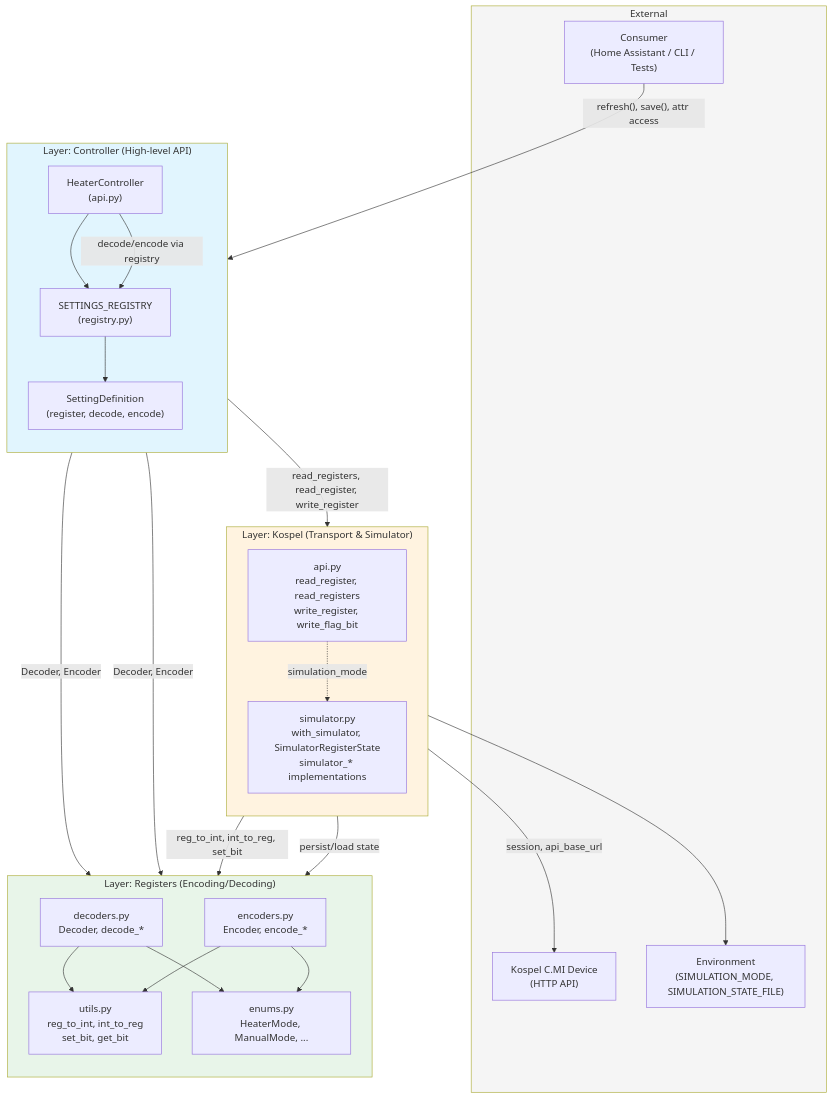
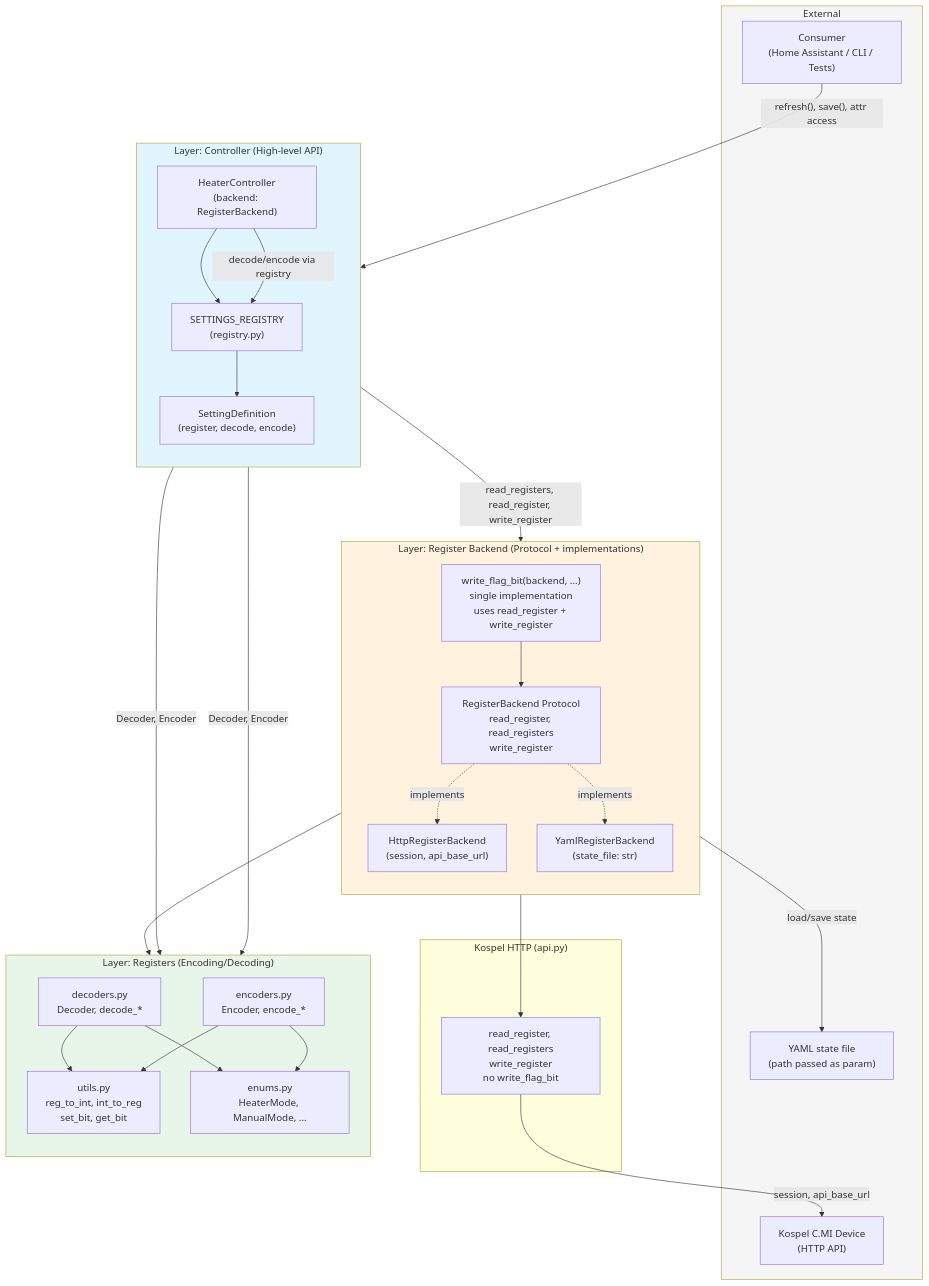
The first of 2 diagrams in docs/architecture.md (JanKrl/kospel-cmi-lib), drawn with Mermaid before and after one commit. The commit also changed other lines of this file and 13 other files, not shown here.

````diff
--- a/docs/architecture.md
+++ b/docs/architecture.md
@@ -10,51 +11,59 @@
 ```mermaid
 flowchart TB
     subgraph External["External"]
         Consumer["Consumer\n(Home Assistant / CLI / Tests)"]
         Device["Kospel C.MI Device\n(HTTP API)"]
-        Env["Environment\n(SIMULATION_MODE, SIMULATION_STATE_FILE)"]
+        YamlFile["YAML state file\n(path passed as param)"]
     end
 
     subgraph Controller["Layer: Controller (High-level API)"]
         direction TB
-        HC["HeaterController\n(api.py)"]
+        HC["HeaterController\n(backend: RegisterBackend)"]
         Reg["SETTINGS_REGISTRY\n(registry.py)"]
         SD["SettingDefinition\n(register, decode, encode)"]
         HC --> Reg
         Reg --> SD
     end
 
-    subgraph Kospel["Layer: Kospel (Transport & Simulator)"]
+    subgraph BackendLayer["Layer: Register Backend (Protocol + implementations)"]
         direction TB
-        API["api.py\nread_register, read_registers\nwrite_register, write_flag_bit"]
-        Sim["simulator.py\nwith_simulator, SimulatorRegisterState\nsimulator_* implementations"]
-        API -.->|"simulation_mode"| Sim
+        Protocol["RegisterBackend Protocol\nread_register, read_registers\nwrite_register"]
+        HttpBackend["HttpRegisterBackend\n(session, api_base_url)"]
+        YamlBackend["YamlRegisterBackend\n(state_file: str)"]
+        WriteFlagBit["write_flag_bit(backend, ...)\nsingle implementation\nuses read_register + write_register"]
+        Protocol -.->|implements| HttpBackend
+        Protocol -.->|implements| YamlBackend
+        WriteFlagBit --> Protocol
+    end
+
+    subgraph KospelHTTP["Kospel HTTP (api.py)"]
+        API["read_register, read_registers\nwrite_register\nno write_flag_bit"]
     end
 
     subgraph Registers["Layer: Registers (Encoding/Decoding)"]
         direction TB
         Dec["decoders.py\nDecoder, decode_*"]
         Enc["encoders.py\nEncoder, encode_*"]
         Utils["utils.py\nreg_to_int, int_to_reg\nset_bit, get_bit"]
         Enums["enums.py\nHeaterMode, ManualMode, ..."]
         Dec --> Utils
         Dec --> Enums
         Enc --> Utils
         Enc --> Enums
     end
 
     Consumer -->|"refresh(), save(), attr access"| HC
     HC -->|"decode/encode via registry"| Reg
     SD -->|"Decoder, Encoder"| Dec
     SD -->|"Decoder, Encoder"| Enc
-    HC -->|"read_registers, read_register, write_register"| API
-    API -->|"reg_to_int, int_to_reg, set_bit"| Utils
+    HC -->|"read_registers, read_register, write_register"| Protocol
+    HttpBackend --> API
     API -->|"session, api_base_url"| Device
-    Sim -->|"persist/load state"| Utils
-    Sim --> Env
+    YamlBackend -->|"load/save state"| YamlFile
+    WriteFlagBit --> Utils
 
     style Controller fill:#e1f5fe
-    style Kospel fill:#fff3e0
+    style BackendLayer fill:#fff3e0
     style Registers fill:#e8f5e9
     style External fill:#f5f5f5
 ```
````
